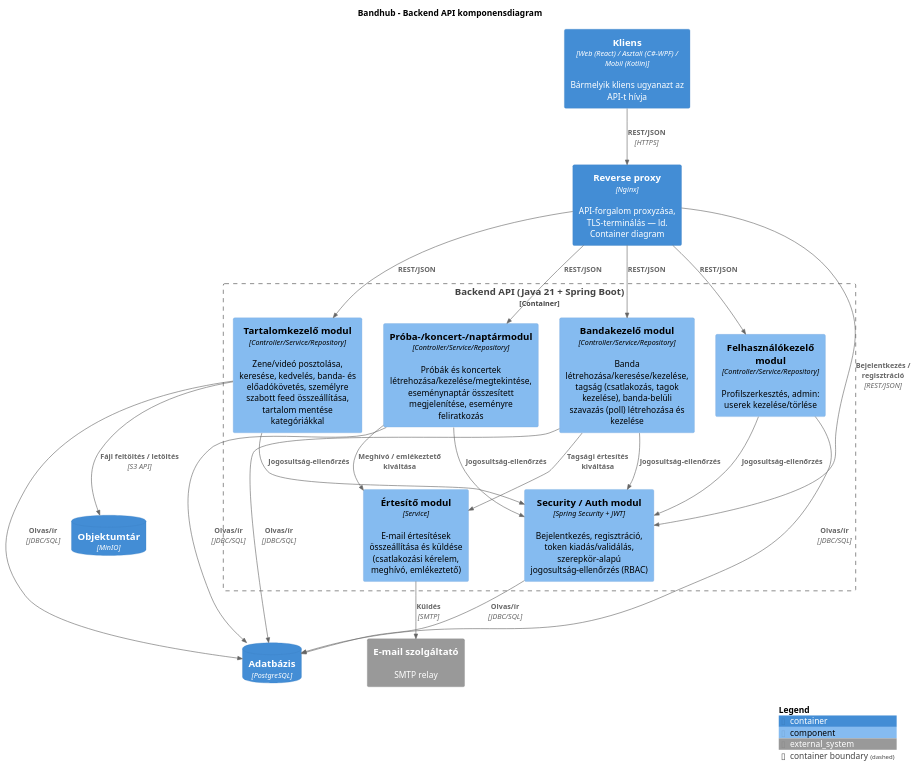
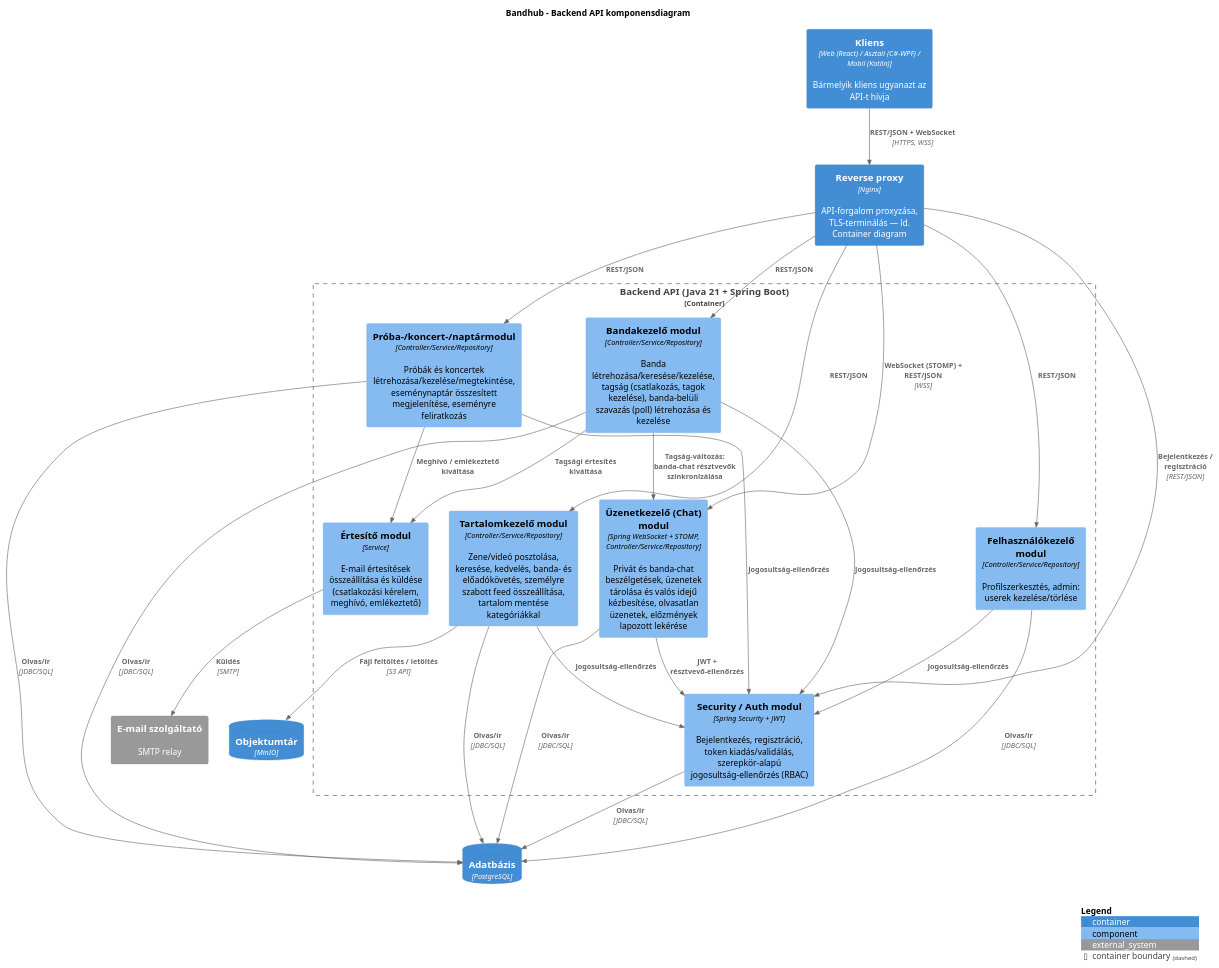
The third of 4 diagrams in diagrams/c4.puml (Kiyo200/BegBand), drawn with PlantUML before and after one commit. The commit also changed other lines of this file and 12 other files, not shown here.

```diff
--- a/diagrams/c4.puml
+++ b/diagrams/c4.puml
@@ -62,48 +62,54 @@
 @startuml C4_Component
 !include <C4/C4_Component>
 
 title Bandhub - Backend API komponensdiagram
 
 Container(client, "Kliens", "Web (React) / Asztali (C#-WPF) / Mobil (Kotlin)", "Bármelyik kliens ugyanazt az API-t hívja")
 Container(nginx, "Reverse proxy", "Nginx", "API-forgalom proxyzása, TLS-terminálás — ld. Container diagram")
 
 Container_Boundary(backend, "Backend API (Java 21 + Spring Boot)") {
     Component(security, "Security / Auth modul", "Spring Security + JWT", "Bejelentkezés, regisztráció, token kiadás/validálás, szerepkör-alapú jogosultság-ellenőrzés (RBAC)")
     Component(userSvc, "Felhasználókezelő modul", "Controller/Service/Repository", "Profilszerkesztés, admin: userek kezelése/törlése")
     Component(bandSvc, "Bandakezelő modul", "Controller/Service/Repository", "Banda létrehozása/keresése/kezelése, tagság (csatlakozás, tagok kezelése), banda-belüli szavazás (poll) létrehozása és kezelése")
     Component(eventSvc, "Próba-/koncert-/naptármodul", "Controller/Service/Repository", "Próbák és koncertek létrehozása/kezelése/megtekintése, eseménynaptár összesített megjelenítése, eseményre feliratkozás")
     Component(contentSvc, "Tartalomkezelő modul", "Controller/Service/Repository", "Zene/videó posztolása, keresése, kedvelés, banda- és előadókövetés, személyre szabott feed összeállítása, tartalom mentése kategóriákkal")
     Component(notifySvc, "Értesítő modul", "Service", "E-mail értesítések összeállítása és küldése (csatlakozási kérelem, meghívó, emlékeztető)")
+    Component(chatSvc, "Üzenetkezelő (Chat) modul", "Spring WebSocket + STOMP, Controller/Service/Repository", "Privát és banda-chat beszélgetések, üzenetek tárolása és valós idejű kézbesítése, olvasatlan üzenetek, előzmények lapozott lekérése")
 }
 
 ContainerDb(db, "Adatbázis", "PostgreSQL")
 ContainerDb(storage, "Objektumtár", "MinIO")
 System_Ext(email, "E-mail szolgáltató", "SMTP relay")
 
-Rel(client, nginx, "REST/JSON", "HTTPS")
+Rel(client, nginx, "REST/JSON + WebSocket", "HTTPS, WSS")
 
 Rel(nginx, security, "Bejelentkezés / regisztráció", "REST/JSON")
 Rel(nginx, userSvc, "REST/JSON")
 Rel(nginx, bandSvc, "REST/JSON")
 Rel(nginx, eventSvc, "REST/JSON")
 Rel(nginx, contentSvc, "REST/JSON")
+Rel(nginx, chatSvc, "WebSocket (STOMP) + REST/JSON", "WSS")
 
 Rel(userSvc, security, "Jogosultság-ellenőrzés")
 Rel(bandSvc, security, "Jogosultság-ellenőrzés")
 Rel(eventSvc, security, "Jogosultság-ellenőrzés")
 Rel(contentSvc, security, "Jogosultság-ellenőrzés")
+Rel(chatSvc, security, "JWT + résztvevő-ellenőrzés")
+
+Rel(bandSvc, chatSvc, "Tagság-változás: banda-chat résztvevők szinkronizálása")
 
 Rel(eventSvc, notifySvc, "Meghívó / emlékeztető kiváltása")
 Rel(bandSvc, notifySvc, "Tagsági értesítés kiváltása")
 Rel(notifySvc, email, "Küldés", "SMTP")
 
 Rel(contentSvc, storage, "Fájl feltöltés / letöltés", "S3 API")
 
 Rel(security, db, "Olvas/ír", "JDBC/SQL")
 Rel(userSvc, db, "Olvas/ír", "JDBC/SQL")
 Rel(bandSvc, db, "Olvas/ír", "JDBC/SQL")
 Rel(eventSvc, db, "Olvas/ír", "JDBC/SQL")
 Rel(contentSvc, db, "Olvas/ír", "JDBC/SQL")
+Rel(chatSvc, db, "Olvas/ír", "JDBC/SQL")
 
 SHOW_LEGEND()
 @enduml
```
